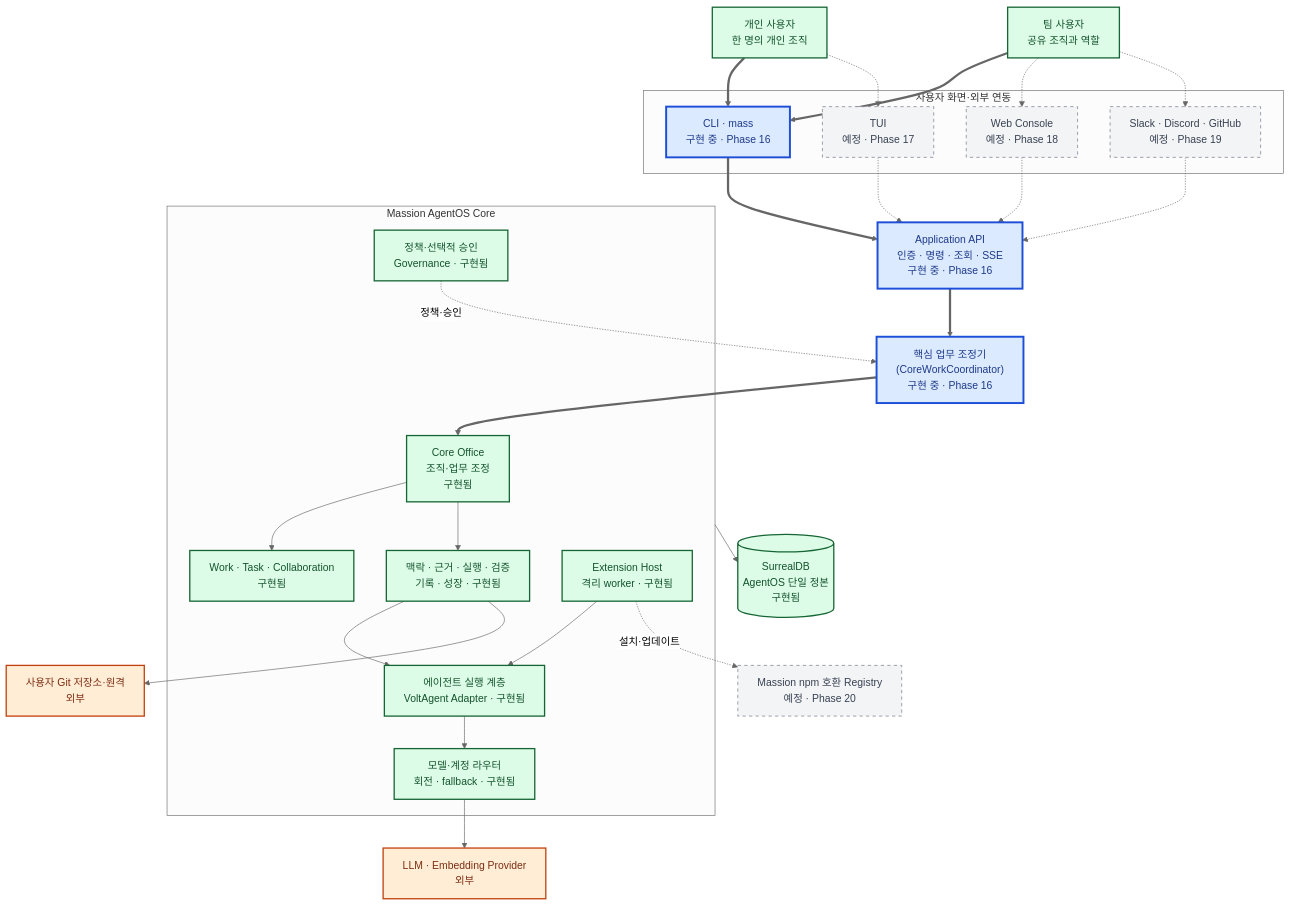
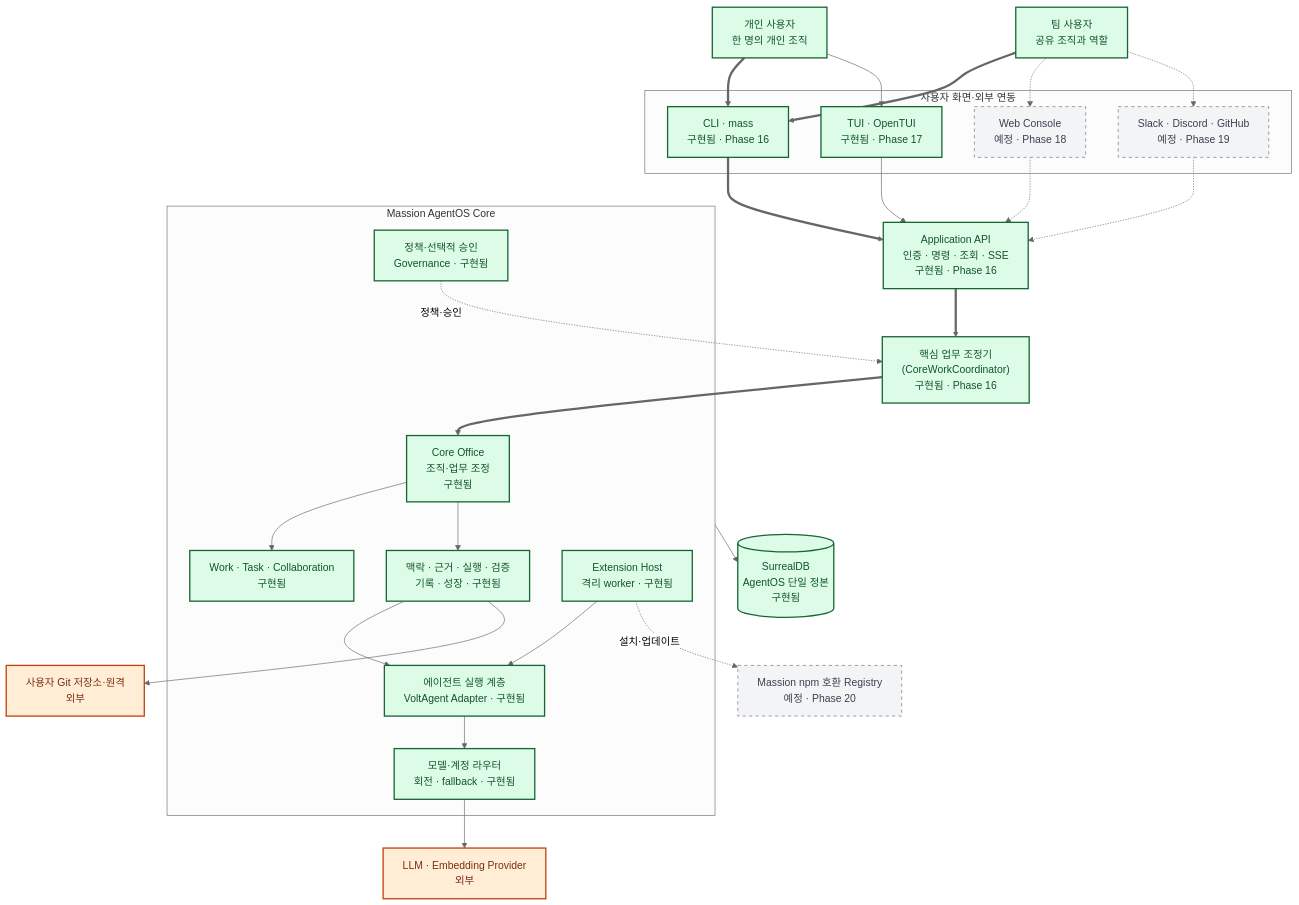
The first of 10 diagrams in docs/architecture/README.md (jabdori/massion), drawn with Mermaid (neutral theme) before and after one commit. The commit also changed other lines of this file, not shown here.

Commit message:
docs(phase-17): record terminal workspace review

````diff
--- a/docs/architecture/README.md
+++ b/docs/architecture/README.md
@@ -30,57 +30,57 @@
 ```mermaid
 flowchart TB
   classDef implemented fill:#dcfce7,stroke:#166534,color:#14532d,stroke-width:2px;
   classDef implementing fill:#dbeafe,stroke:#1d4ed8,color:#1e3a8a,stroke-width:3px;
   classDef planned fill:#f3f4f6,stroke:#6b7280,color:#374151,stroke-width:1px,stroke-dasharray:5 5;
   classDef external fill:#ffedd5,stroke:#c2410c,color:#7c2d12,stroke-width:2px;
 
   Person["개인 사용자<br/>한 명의 개인 조직"]:::implemented
   Team["팀 사용자<br/>공유 조직과 역할"]:::implemented
 
   subgraph Surfaces["사용자 화면·외부 연동"]
-    CLI["CLI · mass<br/>구현 중 · Phase 16"]:::implementing
-    TUI["TUI<br/>예정 · Phase 17"]:::planned
+    CLI["CLI · mass<br/>구현됨 · Phase 16"]:::implemented
+    TUI["TUI · OpenTUI<br/>구현됨 · Phase 17"]:::implemented
     Web["Web Console<br/>예정 · Phase 18"]:::planned
     Channels["Slack · Discord · GitHub<br/>예정 · Phase 19"]:::planned
   end
 
-  API["Application API<br/>인증 · 명령 · 조회 · SSE<br/>구현 중 · Phase 16"]:::implementing
-  Coordinator["핵심 업무 조정기<br/>(CoreWorkCoordinator)<br/>구현 중 · Phase 16"]:::implementing
+  API["Application API<br/>인증 · 명령 · 조회 · SSE<br/>구현됨 · Phase 16"]:::implemented
+  Coordinator["핵심 업무 조정기<br/>(CoreWorkCoordinator)<br/>구현됨 · Phase 16"]:::implemented
 
   subgraph AgentOS["Massion AgentOS Core"]
     Office["Core Office<br/>조직·업무 조정<br/>구현됨"]:::implemented
     Work["Work · Task · Collaboration<br/>구현됨"]:::implemented
     Governance["정책·선택적 승인<br/>Governance · 구현됨"]:::implemented
     Intelligence["맥락 · 근거 · 실행 · 검증<br/>기록 · 성장 · 구현됨"]:::implemented
     Runtime["에이전트 실행 계층<br/>VoltAgent Adapter · 구현됨"]:::implemented
     Router["모델·계정 라우터<br/>회전 · fallback · 구현됨"]:::implemented
     ExtHost["Extension Host<br/>격리 worker · 구현됨"]:::implemented
   end
 
   DB[("SurrealDB<br/>AgentOS 단일 정본<br/>구현됨")]:::implemented
   Registry["Massion npm 호환 Registry<br/>예정 · Phase 20"]:::planned
   Providers["LLM · Embedding Provider<br/>외부"]:::external
   Git["사용자 Git 저장소·원격<br/>외부"]:::external
 
   Person ==> CLI
   Team ==> CLI
-  Person -.-> TUI
+  Person --> TUI
   Team -.-> Web
   Team -.-> Channels
   CLI ==> API
-  TUI -.-> API
+  TUI --> API
   Web -.-> API
   Channels -.-> API
   API ==> Coordinator
   Coordinator ==> Office
   Office --> Work
   Governance -. "정책·승인" .-> Coordinator
   Office --> Intelligence
   Intelligence --> Runtime
   Runtime --> Router
   ExtHost --> Runtime
   AgentOS --> DB
   Router --> Providers
   ExtHost -. "설치·업데이트" .-> Registry
   Intelligence --> Git
 ```
````
